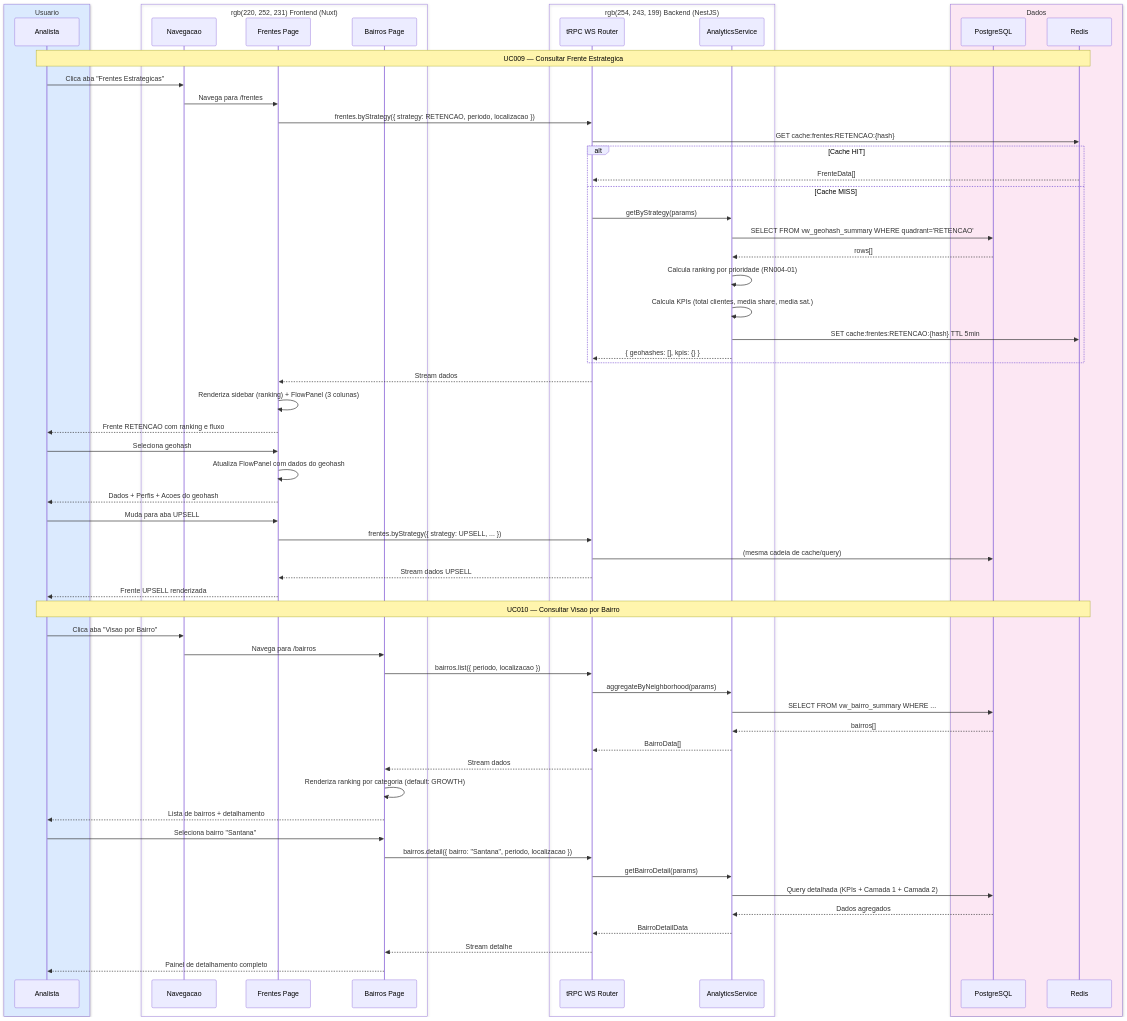
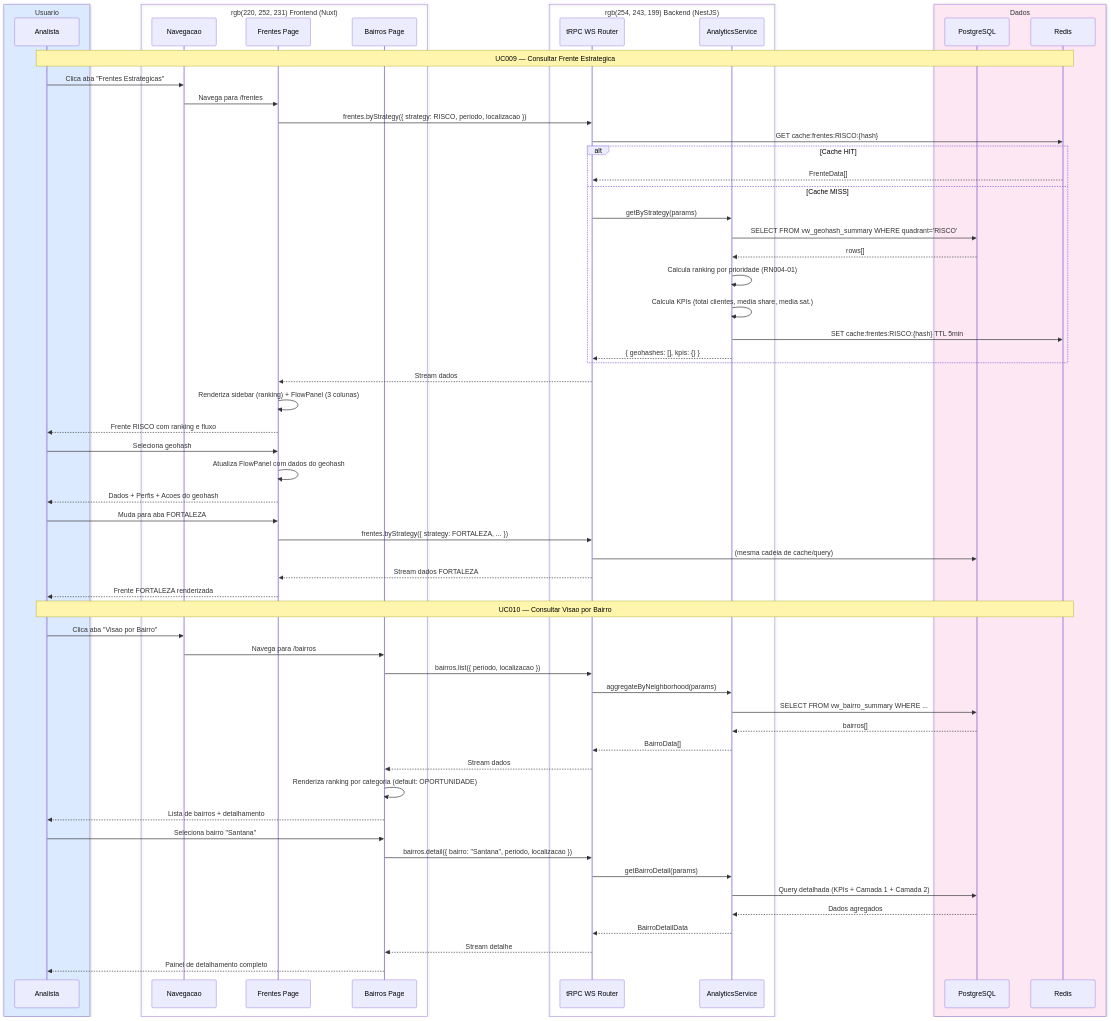
One commit to zooxsmart-ailabs/vivo changed the diagram in docs/use-cases/diagrams/SD003-frentes-bairros.md. Above: the diagram before and after it, drawn with Mermaid. The commit also changed 36 other files, not shown here.

````diff
--- a/docs/use-cases/diagrams/SD003-frentes-bairros.md
+++ b/docs/use-cases/diagrams/SD003-frentes-bairros.md
@@ -9,73 +9,73 @@
 ```mermaid
 sequenceDiagram
     box rgb(219, 234, 254) Usuario
         participant U as Analista
     end
     box rgb(220, 252, 231) Frontend (Nuxt)
         participant NAV as Navegacao
         participant FRT as Frentes Page
         participant BRR as Bairros Page
     end
     box rgb(254, 243, 199) Backend (NestJS)
         participant WS as tRPC WS Router
         participant SVC as AnalyticsService
     end
     box rgb(252, 231, 243) Dados
         participant DB as PostgreSQL
         participant CACHE as Redis
     end
 
     Note over U,CACHE: UC009 — Consultar Frente Estrategica
 
     U->>NAV: Clica aba "Frentes Estrategicas"
     NAV->>FRT: Navega para /frentes
-    FRT->>WS: frentes.byStrategy({ strategy: RETENCAO, periodo, localizacao })
-    WS->>CACHE: GET cache:frentes:RETENCAO:{hash}
+    FRT->>WS: frentes.byStrategy({ strategy: RISCO, periodo, localizacao })
+    WS->>CACHE: GET cache:frentes:RISCO:{hash}
     alt Cache HIT
         CACHE-->>WS: FrenteData[]
     else Cache MISS
         WS->>SVC: getByStrategy(params)
-        SVC->>DB: SELECT FROM vw_geohash_summary WHERE quadrant='RETENCAO'
+        SVC->>DB: SELECT FROM vw_geohash_summary WHERE quadrant='RISCO'
         DB-->>SVC: rows[]
         SVC->>SVC: Calcula ranking por prioridade (RN004-01)
         SVC->>SVC: Calcula KPIs (total clientes, media share, media sat.)
-        SVC->>CACHE: SET cache:frentes:RETENCAO:{hash} TTL 5min
+        SVC->>CACHE: SET cache:frentes:RISCO:{hash} TTL 5min
         SVC-->>WS: { geohashes: [], kpis: {} }
     end
     WS-->>FRT: Stream dados
     FRT->>FRT: Renderiza sidebar (ranking) + FlowPanel (3 colunas)
-    FRT-->>U: Frente RETENCAO com ranking e fluxo
+    FRT-->>U: Frente RISCO com ranking e fluxo
 
     U->>FRT: Seleciona geohash #3 da lista
     FRT->>FRT: Atualiza FlowPanel com dados do geohash
     FRT-->>U: Dados + Perfis + Acoes do geohash
 
-    U->>FRT: Muda para aba UPSELL
-    FRT->>WS: frentes.byStrategy({ strategy: UPSELL, ... })
+    U->>FRT: Muda para aba FORTALEZA
+    FRT->>WS: frentes.byStrategy({ strategy: FORTALEZA, ... })
     WS->>DB: (mesma cadeia de cache/query)
-    WS-->>FRT: Stream dados UPSELL
-    FRT-->>U: Frente UPSELL renderizada
+    WS-->>FRT: Stream dados FORTALEZA
+    FRT-->>U: Frente FORTALEZA renderizada
 
     Note over U,CACHE: UC010 — Consultar Visao por Bairro
 
     U->>NAV: Clica aba "Visao por Bairro"
     NAV->>BRR: Navega para /bairros
     BRR->>WS: bairros.list({ periodo, localizacao })
     WS->>SVC: aggregateByNeighborhood(params)
     SVC->>DB: SELECT FROM vw_bairro_summary WHERE ...
     DB-->>SVC: bairros[]
     SVC-->>WS: BairroData[]
     WS-->>BRR: Stream dados
 
-    BRR->>BRR: Renderiza ranking por categoria (default: GROWTH)
+    BRR->>BRR: Renderiza ranking por categoria (default: OPORTUNIDADE)
     BRR-->>U: Lista de bairros + detalhamento
 
     U->>BRR: Seleciona bairro "Santana"
     BRR->>WS: bairros.detail({ bairro: "Santana", periodo, localizacao })
     WS->>SVC: getBairroDetail(params)
     SVC->>DB: Query detalhada (KPIs + Camada 1 + Camada 2)
     DB-->>SVC: Dados agregados
     SVC-->>WS: BairroDetailData
     WS-->>BRR: Stream detalhe
     BRR-->>U: Painel de detalhamento completo
 ```
````
